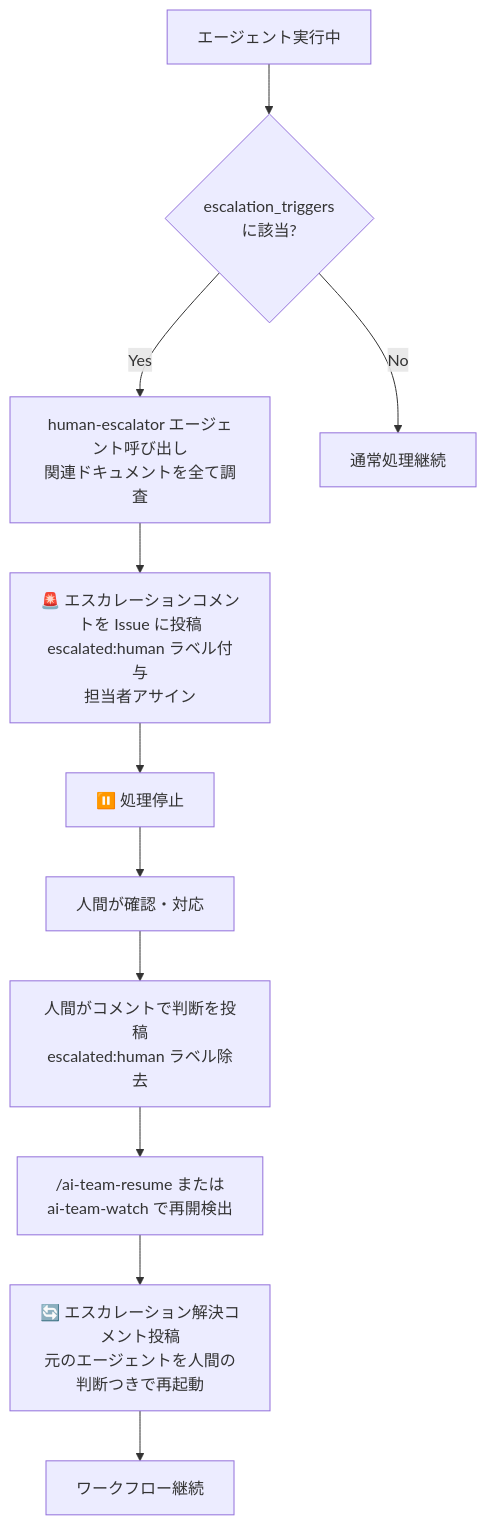
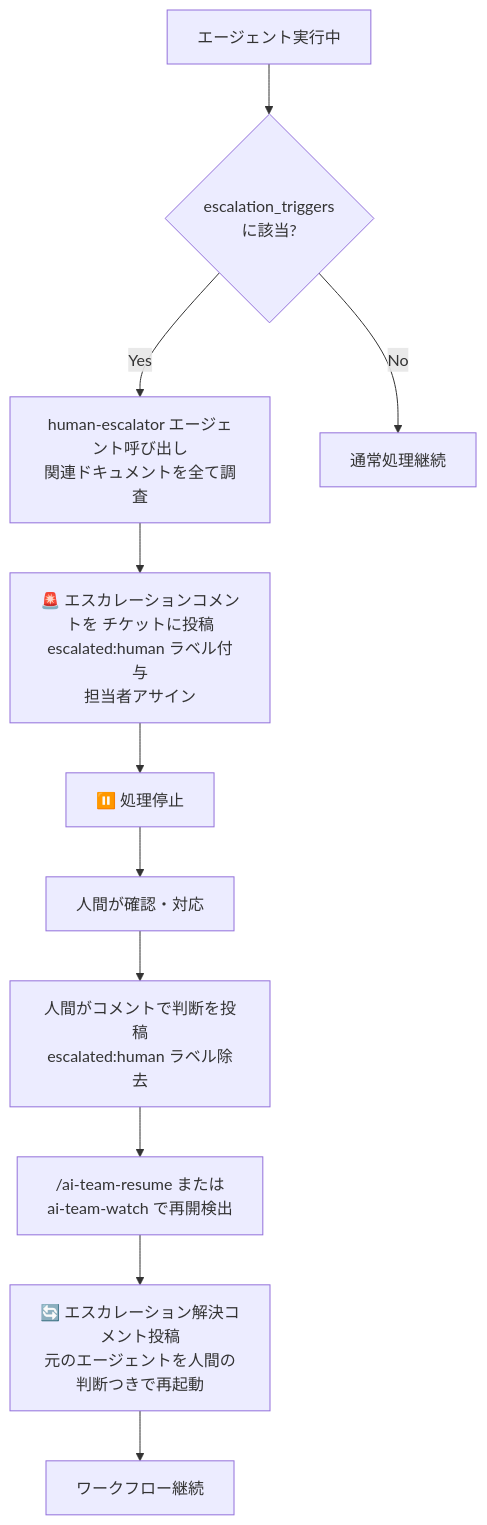
Before and after one commit to trimixjp/trimix-cc-project-template: the diagram in docs-src/versions/v0.23.0/reference/escalation.md, drawn with Mermaid. The commit also changed other lines of this file and 197 other files, not shown here.

````diff
--- a/docs-src/versions/v0.23.0/reference/escalation.md
+++ b/docs-src/versions/v0.23.0/reference/escalation.md
@@ -13,13 +13,13 @@
 ```mermaid
 flowchart TD
     A["エージェント実行中"] --> B{"escalation_triggers\nに該当?"}
     B -->|Yes| C["human-escalator エージェント呼び出し\n関連ドキュメントを全て調査"]
-    C --> D["🚨 エスカレーションコメントを Issue に投稿\nescalated:human ラベル付与\n担当者アサイン"]
+    C --> D["🚨 エスカレーションコメントを チケットに投稿\nescalated:human ラベル付与\n担当者アサイン"]
     D --> E["⏸️ 処理停止"]
     E --> F["人間が確認・対応"]
     F --> G["人間がコメントで判断を投稿\nescalated:human ラベル除去"]
     G --> H["/ai-team-resume または\nai-team-watch で再開検出"]
     H --> I["🔄 エスカレーション解決コメント投稿\n元のエージェントを人間の判断つきで再起動"]
     I --> J["ワークフロー継続"]
     B -->|No| K["通常処理継続"]
 ```
````
